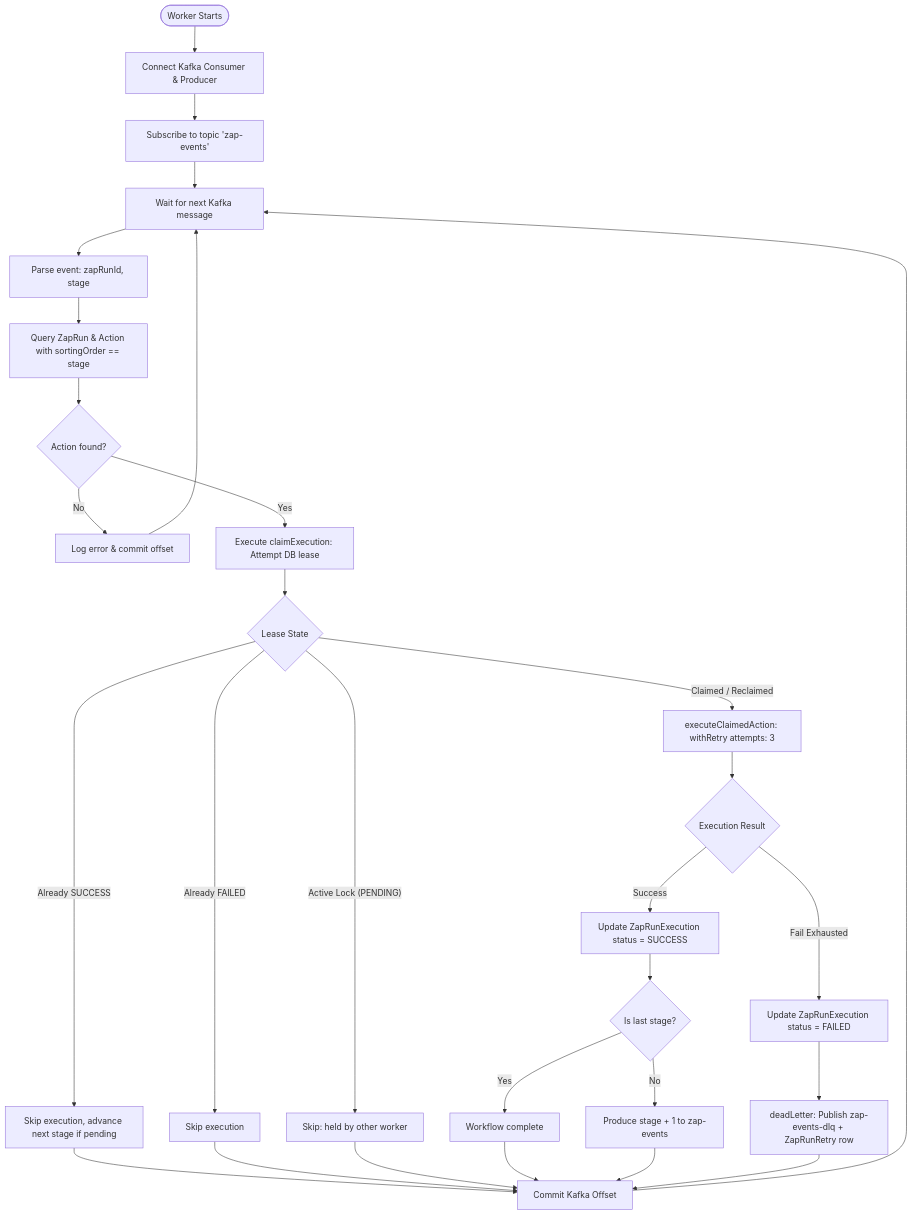
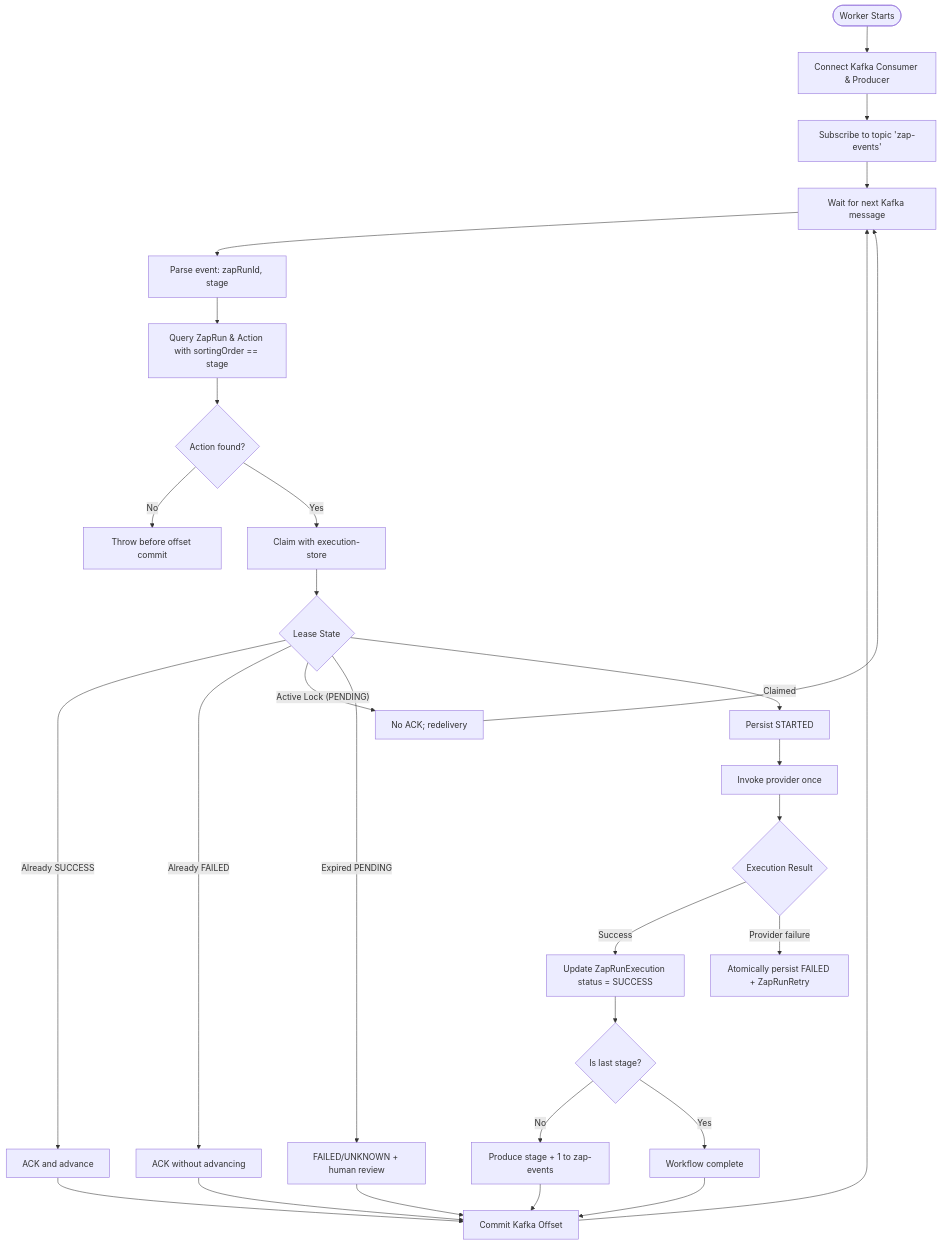
The diagram in docs/worker.md (Thisshonrobert/zapier), drawn with Mermaid before and after one commit. The commit also changed other lines of this file and 43 other files, not shown here.

````diff
--- a/docs/worker.md
+++ b/docs/worker.md
@@ -11,39 +11,40 @@
 ```mermaid
 flowchart TD
     Start([Worker Starts]) --> ConnectClients[Connect Kafka Consumer & Producer]
     ConnectClients --> Subscribe[Subscribe to topic 'zap-events']
     Subscribe --> MessageLoop[Wait for next Kafka message]
 
     MessageLoop --> ReadMsg[Parse event: zapRunId, stage]
     ReadMsg --> LoadStage[Query ZapRun & Action with sortingOrder == stage]
 
     LoadStage --> CheckExist{Action found?}
-    CheckExist -- No --> LogNotFound[Log error & commit offset] --> MessageLoop
-    CheckExist -- Yes --> ClaimLease[Execute claimExecution: Attempt DB lease]
+    CheckExist -- No --> ThrowNotFound[Throw before offset commit]
+    CheckExist -- Yes --> ClaimLease[Claim with execution-store]
 
     ClaimLease --> LeaseDecision{Lease State}
 
-    LeaseDecision -- Already SUCCESS --> SkipAndAdvance[Skip execution, advance next stage if pending]
-    LeaseDecision -- Already FAILED --> SkipTerminal[Skip execution]
-    LeaseDecision -- Active Lock (PENDING) --> SkipLocked[Skip: held by other worker]
-    LeaseDecision -- Claimed / Reclaimed --> ExecuteAction[executeClaimedAction: withRetry attempts: 3]
+    LeaseDecision -- Already SUCCESS --> SkipAndAdvance[ACK and advance]
+    LeaseDecision -- Already FAILED --> SkipTerminal[ACK without advancing]
+    LeaseDecision -- Active Lock (PENDING) --> Unresolved[No ACK; redelivery]
+    LeaseDecision -- Expired PENDING --> Quarantine[FAILED/UNKNOWN + human review]
+    LeaseDecision -- Claimed --> StartAttempt[Persist STARTED]
 
+    StartAttempt --> ExecuteAction[Invoke provider once]
     ExecuteAction --> ExecResult{Execution Result}
 
     ExecResult -- Success --> UpdateSuccess[Update ZapRunExecution status = SUCCESS]
     UpdateSuccess --> CheckLast{Is last stage?}
     CheckLast -- No --> ProduceNext[Produce stage + 1 to zap-events]
     CheckLast -- Yes --> Complete[Workflow complete]
 
-    ExecResult -- Fail Exhausted --> UpdateFail[Update ZapRunExecution status = FAILED]
-    UpdateFail --> SendDLQ[deadLetter: Publish zap-events-dlq + ZapRunRetry row]
+    ExecResult -- Provider failure --> UpdateFail[Atomically persist FAILED + ZapRunRetry]
 
     SkipAndAdvance --> CommitOffset[Commit Kafka Offset]
     SkipTerminal --> CommitOffset
-    SkipLocked --> CommitOffset
+    Quarantine --> CommitOffset
     Complete --> CommitOffset
     ProduceNext --> CommitOffset
-    SendDLQ --> CommitOffset
+    Unresolved --> MessageLoop
 
     CommitOffset --> MessageLoop
 ```
````
